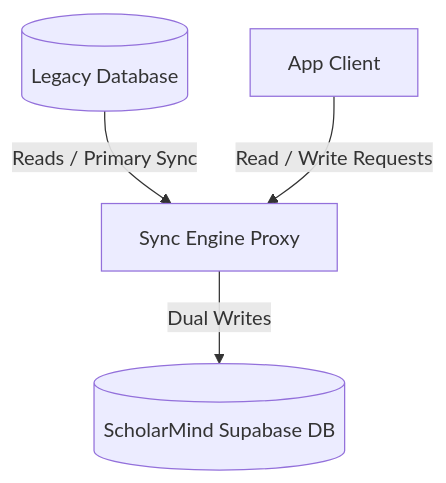
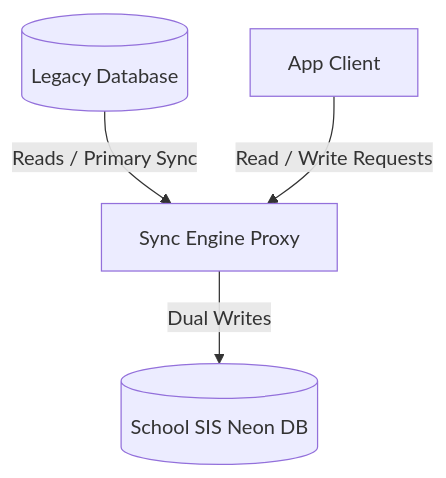
Before and after one commit to singhaditya21/school-sis: the diagram in docs/specs/migration_detailed.md, drawn with Mermaid. The commit also changed other lines of this file and 33 other files, not shown here.

````diff
--- a/docs/specs/migration_detailed.md
+++ b/docs/specs/migration_detailed.md
@@ -11,6 +11,6 @@
 ```mermaid
 graph TD
     Legacy[(Legacy Database)] -->|Reads / Primary Sync| Sync[Sync Engine Proxy]
-    Sync -->|Dual Writes| Modern[(ScholarMind Supabase DB)]
+    Sync -->|Dual Writes| Modern[(School SIS Neon DB)]
     User[App Client] -->|Read / Write Requests| Sync
 ```
````
